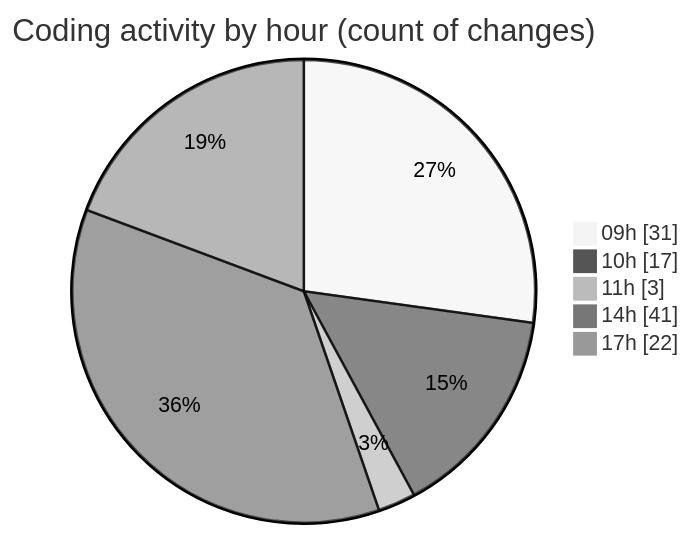
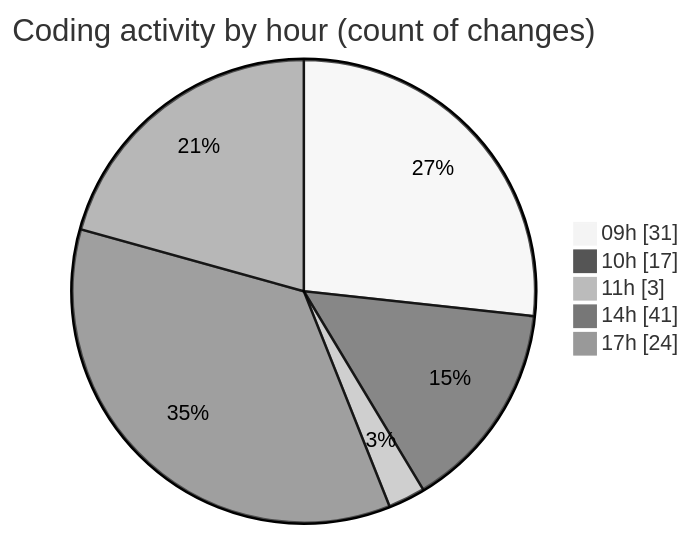
Before and after one commit to robertbonfada/code-tracking: the second of 2 diagrams in 2025-03-05/termonied_testador/README.md, drawn with Mermaid (neutral theme). The commit also changed other lines of this file and 1 other file, not shown here.

````diff
--- a/2025-03-05/termonied_testador/README.md
+++ b/2025-03-05/termonied_testador/README.md
@@ -43,9 +43,9 @@
 ```mermaid
 pie showData
 title Coding activity by hour (count of changes)
 "09h" : 31
 "10h" : 17
 "11h" : 3
 "14h" : 41
-"17h" : 22
+"17h" : 24
 ```
````
